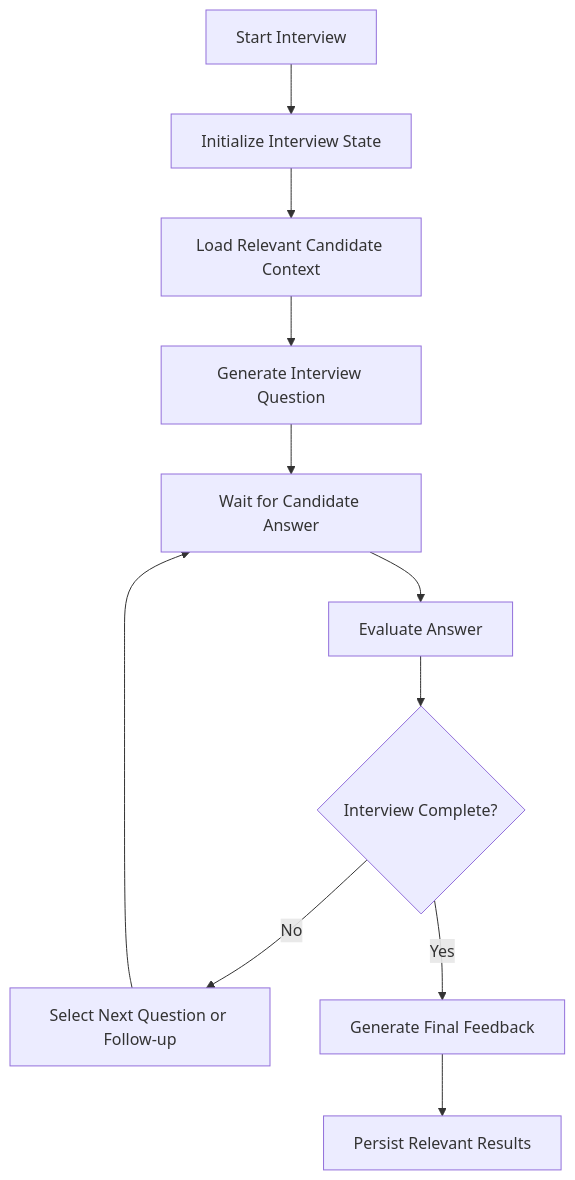
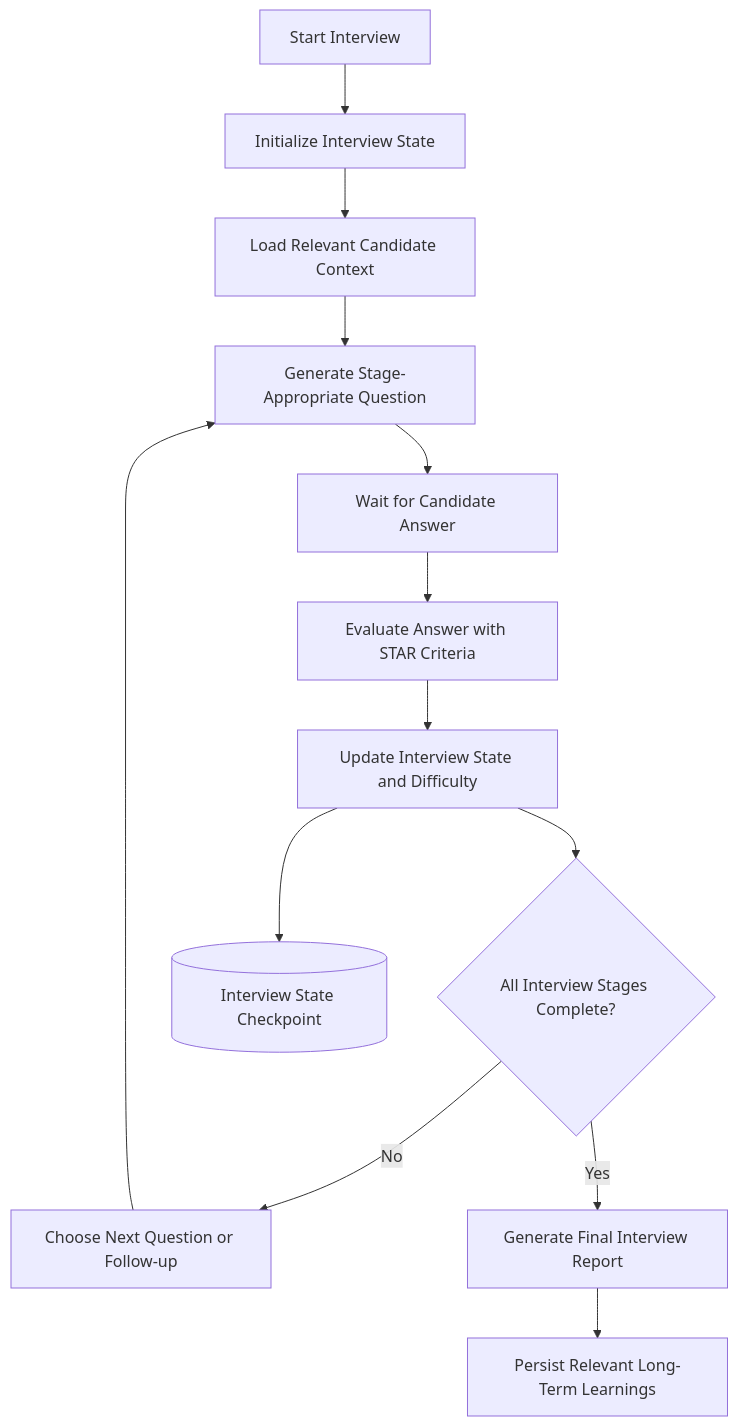
Before and after one commit to AmannRawat/PrepAI: the second of 3 diagrams in README.md, drawn with Mermaid. The commit also changed other lines of this file, not shown here.

````diff
--- a/README.md
+++ b/README.md
@@ -164,13 +331,28 @@
 ```mermaid
 flowchart TD
-    A[Start Interview] --> B[Initialize Interview State]
-    B --> C[Load Relevant Candidate Context]
-    C --> D[Generate Interview Question]
-    D --> E[Wait for Candidate Answer]
-    E --> F[Evaluate Answer]
-    F --> G{Interview Complete?}
-    G -- No --> H[Select Next Question or Follow-up]
-    H --> E
-    G -- Yes --> I[Generate Final Feedback]
-    I --> J[Persist Relevant Results]
+    Start["Start Interview"]
+    Init["Initialize Interview State"]
+    Context["Load Relevant Candidate Context"]
+    Question["Generate Stage-Appropriate Question"]
+    Wait["Wait for Candidate Answer"]
+    Evaluate["Evaluate Answer with STAR Criteria"]
+    Adapt["Update Interview State and Difficulty"]
+    Complete{"All Interview Stages Complete?"}
+    FollowUp["Choose Next Question or Follow-up"]
+    Report["Generate Final Interview Report"]
+    Memory["Persist Relevant Long-Term Learnings"]
+    Checkpoint[("Interview State Checkpoint")]
+
+    Start --> Init
+    Init --> Context
+    Context --> Question
+    Question --> Wait
+    Wait --> Evaluate
+    Evaluate --> Adapt
+    Adapt --> Checkpoint
+    Adapt --> Complete
+    Complete -- No --> FollowUp
+    FollowUp --> Question
+    Complete -- Yes --> Report
+    Report --> Memory
 ```
````
